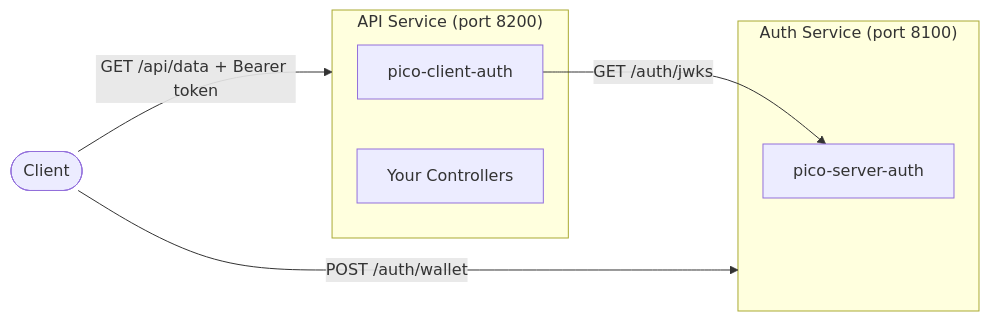
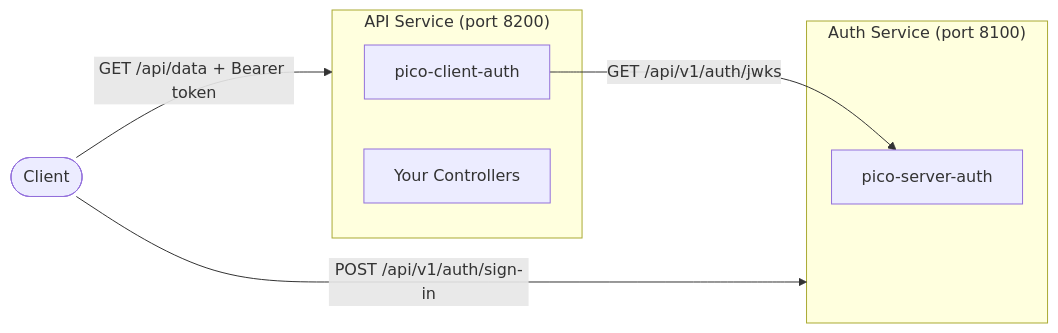
Before and after one commit to dperezcabrera/pico-server-auth: the diagram in docs/how-to/standalone.md, drawn with Mermaid. The commit also changed other lines of this file and 20 other files, not shown here.

Commit message:
Standardize API routes to /api/v1/auth/, fix CI and docs

````diff
--- a/docs/how-to/standalone.md
+++ b/docs/how-to/standalone.md
@@ -52,16 +52,16 @@
 ```mermaid
 graph LR
-    Client([Client]) -->|POST /auth/wallet| AuthService
+    Client([Client]) -->|POST /api/v1/auth/sign-in| AuthService
     Client -->|GET /api/data + Bearer token| APIService
 
     subgraph AuthService["Auth Service (port 8100)"]
         SA[pico-server-auth]
     end
 
     subgraph APIService["API Service (port 8200)"]
         CA[pico-client-auth]
         API[Your Controllers]
     end
 
-    CA -->|GET /auth/jwks| SA
+    CA -->|GET /api/v1/auth/jwks| SA
 ```
````
